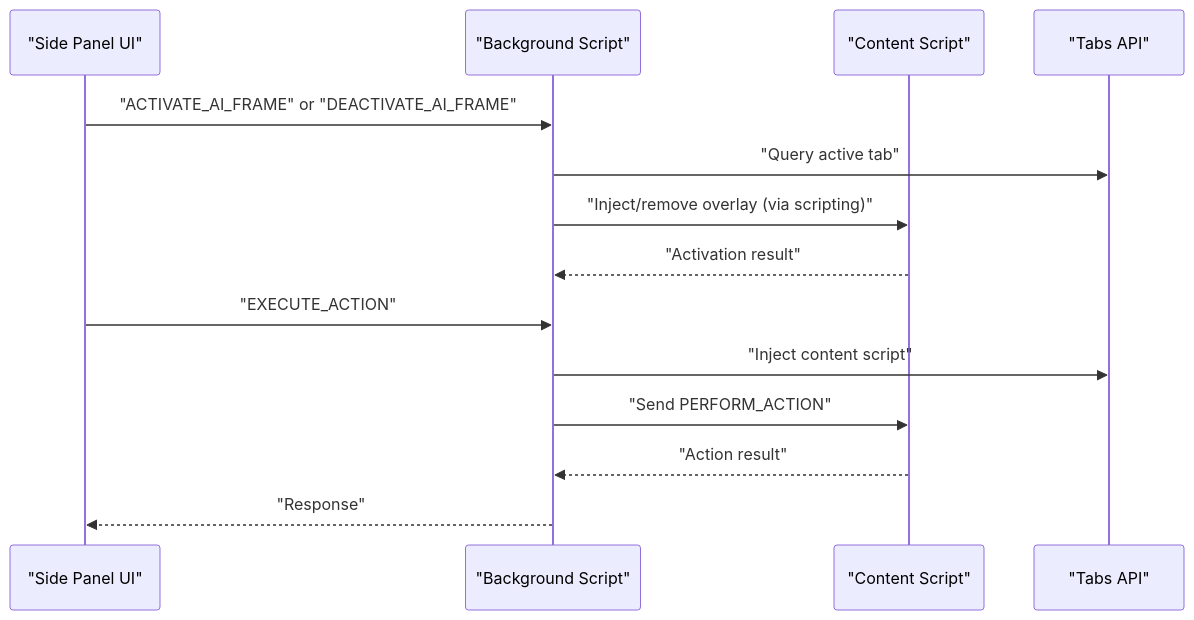
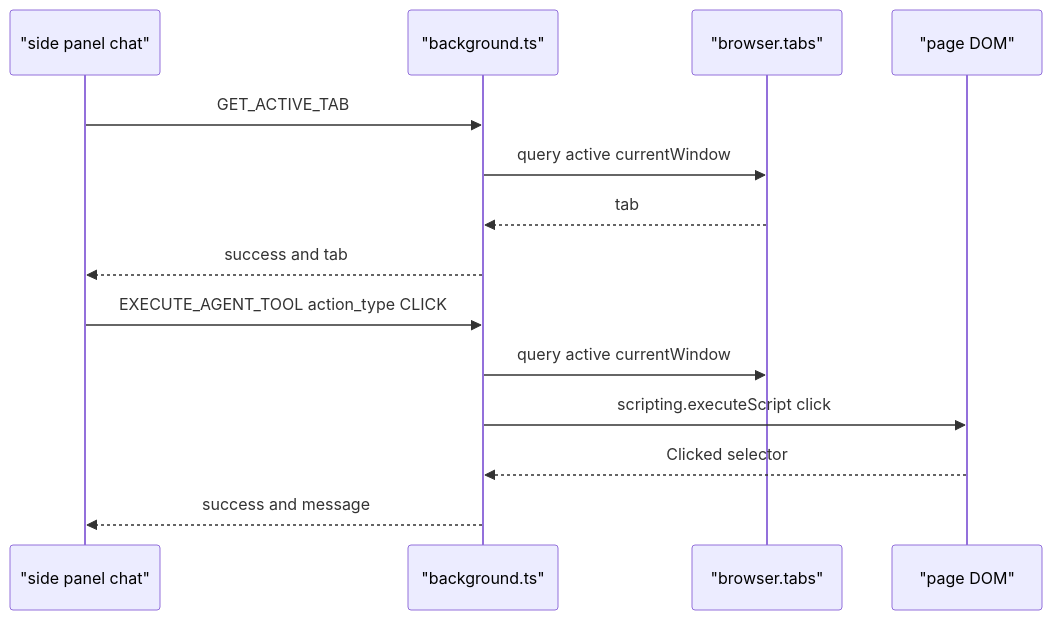
One commit to tashifkhan/tashif.codes changed the second of 6 diagrams in src/data/docs/agentic-browser/Browser Extension/Extension Architecture.md. Above: the diagram before and after it, drawn with Mermaid. The commit also changed other lines of this file and 114 other files, not shown here.

````diff
--- a/src/data/docs/agentic-browser/Browser Extension/Extension Architecture.md
+++ b/src/data/docs/agentic-browser/Browser Extension/Extension Architecture.md
@@ -106,16 +62,17 @@
 ```mermaid
 sequenceDiagram
-participant UI as "Side Panel UI"
-participant BG as "Background Script"
-participant CT as "Content Script"
-participant TAB as "Tabs API"
-UI->>BG : "ACTIVATE_AI_FRAME" or "DEACTIVATE_AI_FRAME"
-BG->>TAB : "Query active tab"
-BG->>CT : "Inject/remove overlay (via scripting)"
-CT-->>BG : "Activation result"
-UI->>BG : "EXECUTE_ACTION"
-BG->>TAB : "Inject content script"
-BG->>CT : "Send PERFORM_ACTION"
-CT-->>BG : "Action result"
-BG-->>UI : "Response"
+  participant SP as "side panel chat"
+  participant BG as "background.ts"
+  participant Tabs as "browser.tabs"
+  participant Page as "page DOM"
+
+  SP->>BG: GET_ACTIVE_TAB
+  BG->>Tabs: query active currentWindow
+  Tabs-->>BG: tab
+  BG-->>SP: success and tab
+  SP->>BG: EXECUTE_AGENT_TOOL action_type CLICK
+  BG->>Tabs: query active currentWindow
+  BG->>Page: scripting.executeScript click
+  Page-->>BG: Clicked selector
+  BG-->>SP: success and message
 ```
````
